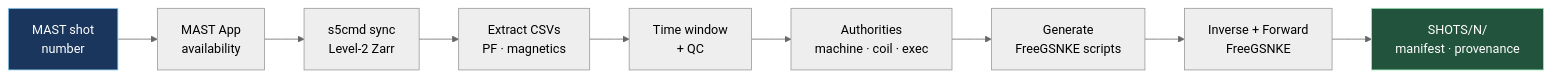
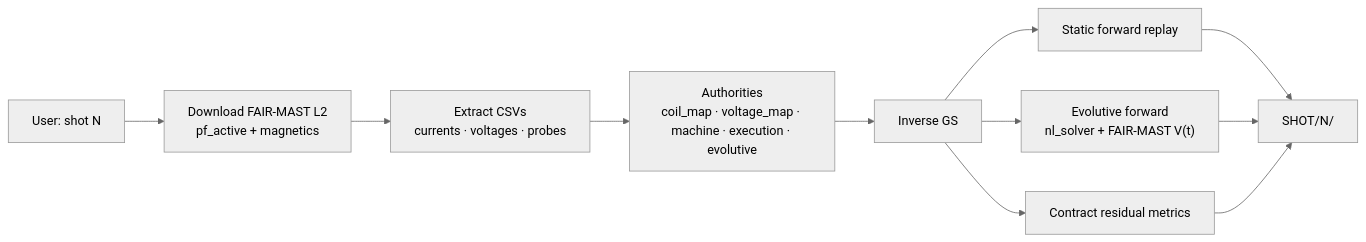
The first of 3 diagrams in README.md (afshin-arj/Fair-MAST-to-FreeGSNKE-Conversion-tool), drawn with Mermaid (neutral theme) before and after one commit. The commit also changed other lines of this file and 26 other files, not shown here.

First line of the commit message:
feat: evolutive forward + SHOT layout (v11.0.0)

````diff
--- a/README.md
+++ b/README.md
@@ -40,14 +41,13 @@
 ```mermaid
 flowchart LR
-  A["MAST shot<br/>number"] --> B["MAST App<br/>availability"]
-  B --> C["s5cmd sync<br/>Level-2 Zarr"]
-  C --> D["Extract CSVs<br/>PF · magnetics"]
-  D --> E["Time window<br/>+ QC"]
-  E --> F["Authorities<br/>machine · coil · exec"]
-  F --> G["Generate<br/>FreeGSNKE scripts"]
-  G --> H["Inverse + Forward<br/>FreeGSNKE"]
-  H --> I["SHOTS/N/<br/>manifest · provenance"]
-
-  style A fill:#1a365d,stroke:#90cdf4,color:#fff
-  style I fill:#22543d,stroke:#9ae6b4,color:#fff
+  U["User: shot N"] --> D["Download FAIR-MAST L2<br/>pf_active + magnetics"]
+  D --> E["Extract CSVs<br/>currents · voltages · probes"]
+  E --> A["Authorities<br/>coil_map · voltage_map · machine · execution · evolutive"]
+  A --> I["Inverse GS"]
+  I --> F["Static forward replay"]
+  I --> V["Evolutive forward<br/>nl_solver + FAIR-MAST V(t)"]
+  I --> M["Contract residual metrics"]
+  F --> O["SHOT/N/"]
+  V --> O
+  M --> O
 ```
````
